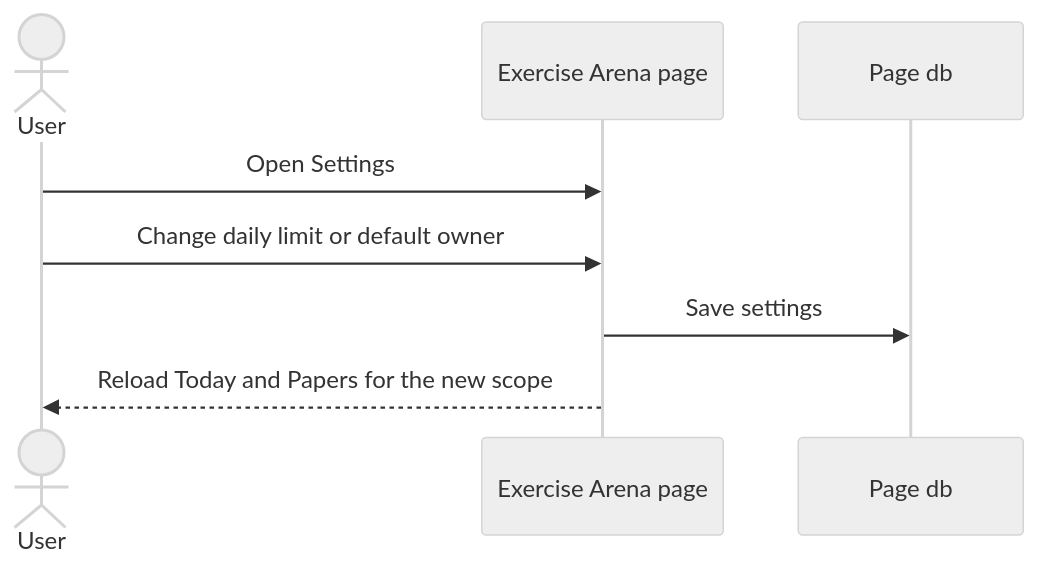
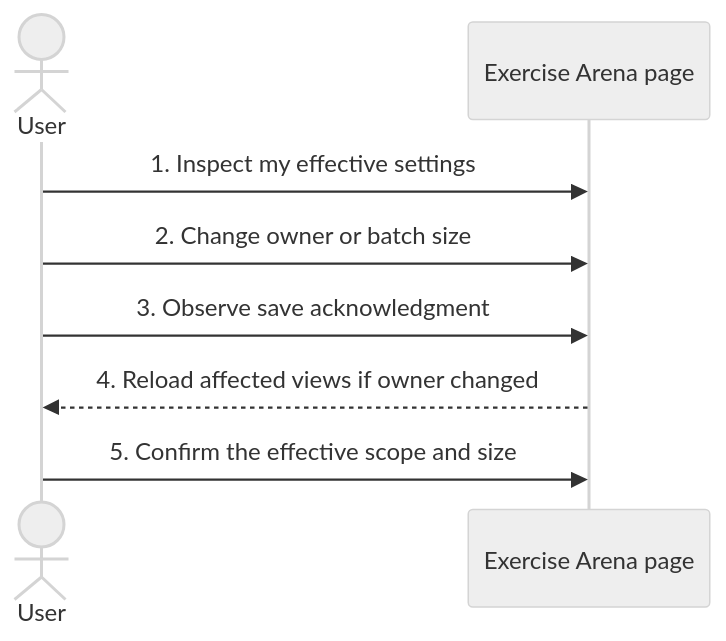
Before and after one commit to lengthlong/exercise_arena: the diagram in journey/user/0006-manage-settings.md, drawn with Mermaid (neutral theme). The commit also changed other lines of this file and 27 other files, not shown here.

````diff
--- a/journey/user/0006-manage-settings.md
+++ b/journey/user/0006-manage-settings.md
@@ -8,10 +9,10 @@
 ```mermaid
 sequenceDiagram
     actor U as User
     participant P as Exercise Arena page
-    participant D as Page db
-    U->>P: Open Settings
-    U->>P: Change daily limit or default owner
-    P->>D: Save settings
-    P-->>U: Reload Today and Papers for the new scope
+    U->>P: 1. Inspect my effective settings
+    U->>P: 2. Change owner or batch size
+    U->>P: 3. Observe save acknowledgment
+    P-->>U: 4. Reload affected views if owner changed
+    U->>P: 5. Confirm the effective scope and size
 ```
````
